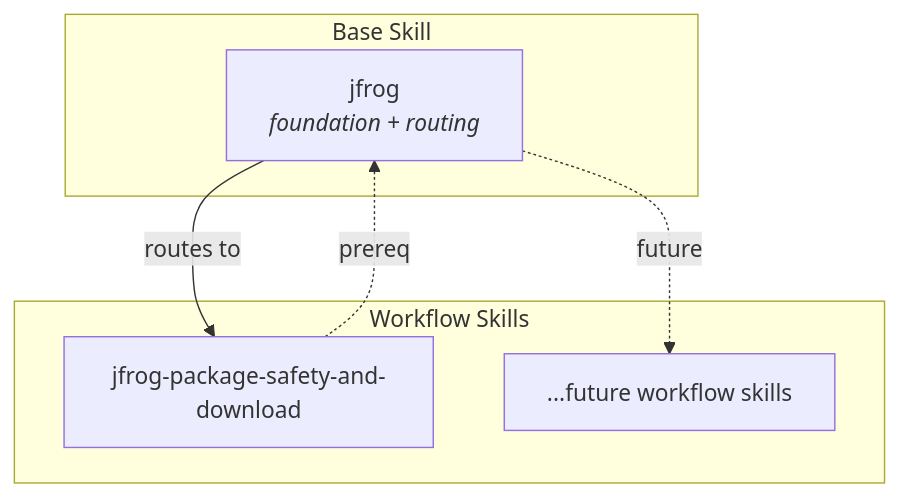
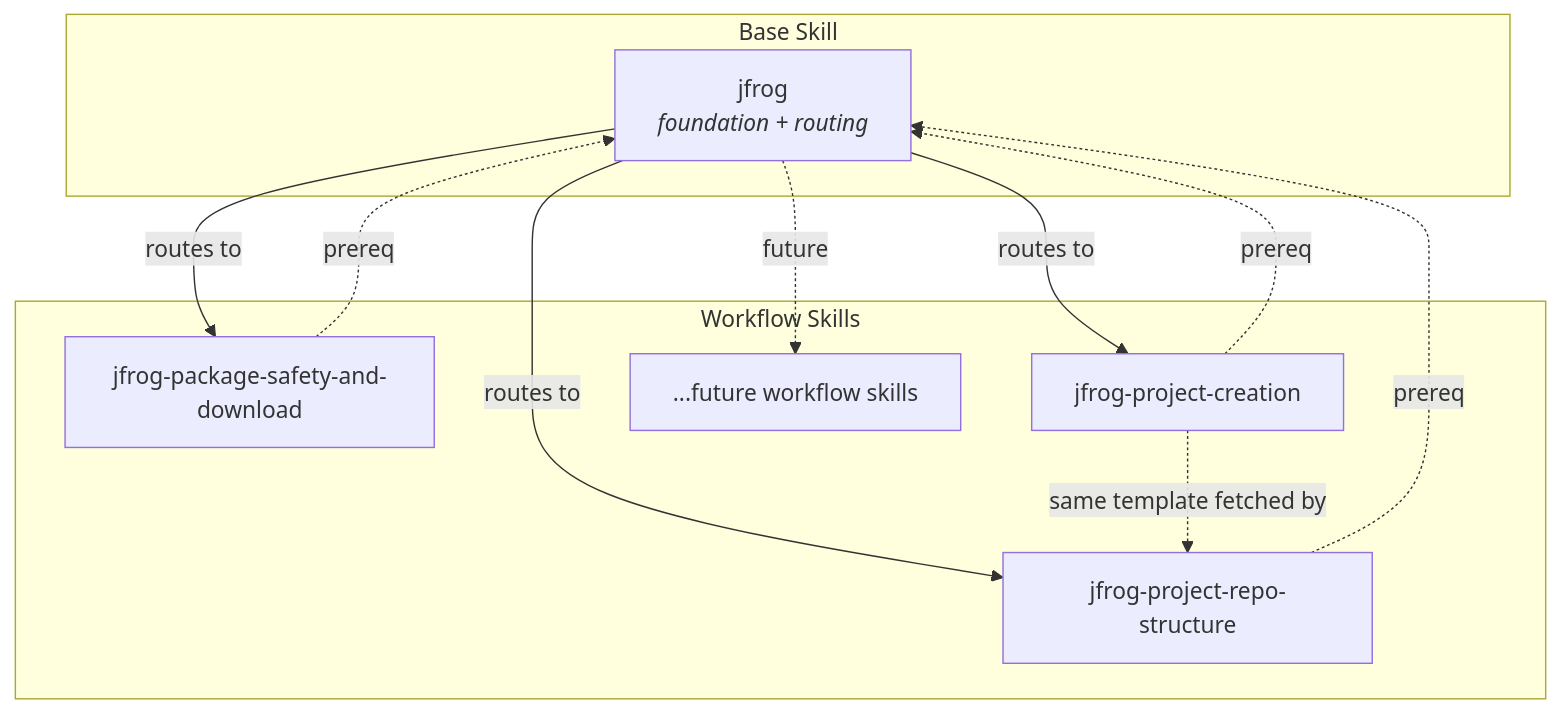
The first of 2 diagrams in ARCHITECTURE.md (jfrog/jfrog-skills), drawn with Mermaid before and after one commit. The commit also changed other lines of this file and 14 other files, not shown here.

First line of the commit message:
Add project doctrine, schema, blueprints, and templates-repo contract

````diff
--- a/ARCHITECTURE.md
+++ b/ARCHITECTURE.md
@@ -9,15 +9,22 @@
 ```mermaid
 flowchart TD
     subgraph base ["Base Skill"]
         JF["jfrog<br/><i>foundation + routing</i>"]
     end
 
     subgraph workflows ["Workflow Skills"]
         PS["jfrog-package-safety-and-download"]
+        PC["jfrog-project-creation"]
+        PR["jfrog-project-repo-structure"]
         Future["...future workflow skills"]
     end
 
     JF -->|"routes to"| PS
+    JF -->|"routes to"| PC
+    JF -->|"routes to"| PR
     JF -.->|"future"| Future
     PS -.->|"prereq"| JF
+    PC -.->|"prereq"| JF
+    PR -.->|"prereq"| JF
+    PC -.->|"same template fetched by"| PR
 ```
````
